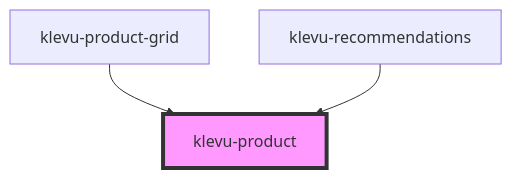
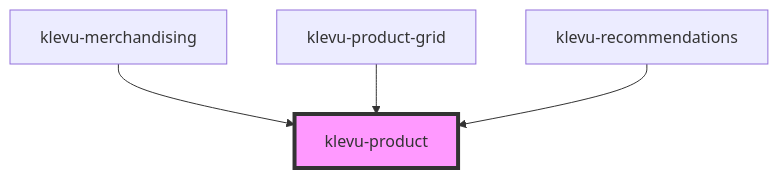
One commit to klevultd/frontend-sdk changed the diagram in packages/klevu-ui/src/components/klevu-product/readme.md. Above: the diagram before and after it, drawn with Mermaid. The commit also changed other lines of this file and 49 other files, not shown here.

````diff
--- a/packages/klevu-ui/src/components/klevu-product/readme.md
+++ b/packages/klevu-ui/src/components/klevu-product/readme.md
@@ -45,6 +46,7 @@
 ```mermaid
 graph TD;
+  klevu-merchandising --> klevu-product
   klevu-product-grid --> klevu-product
   klevu-recommendations --> klevu-product
   style klevu-product fill:#f9f,stroke:#333,stroke-width:4px
 ```
````
